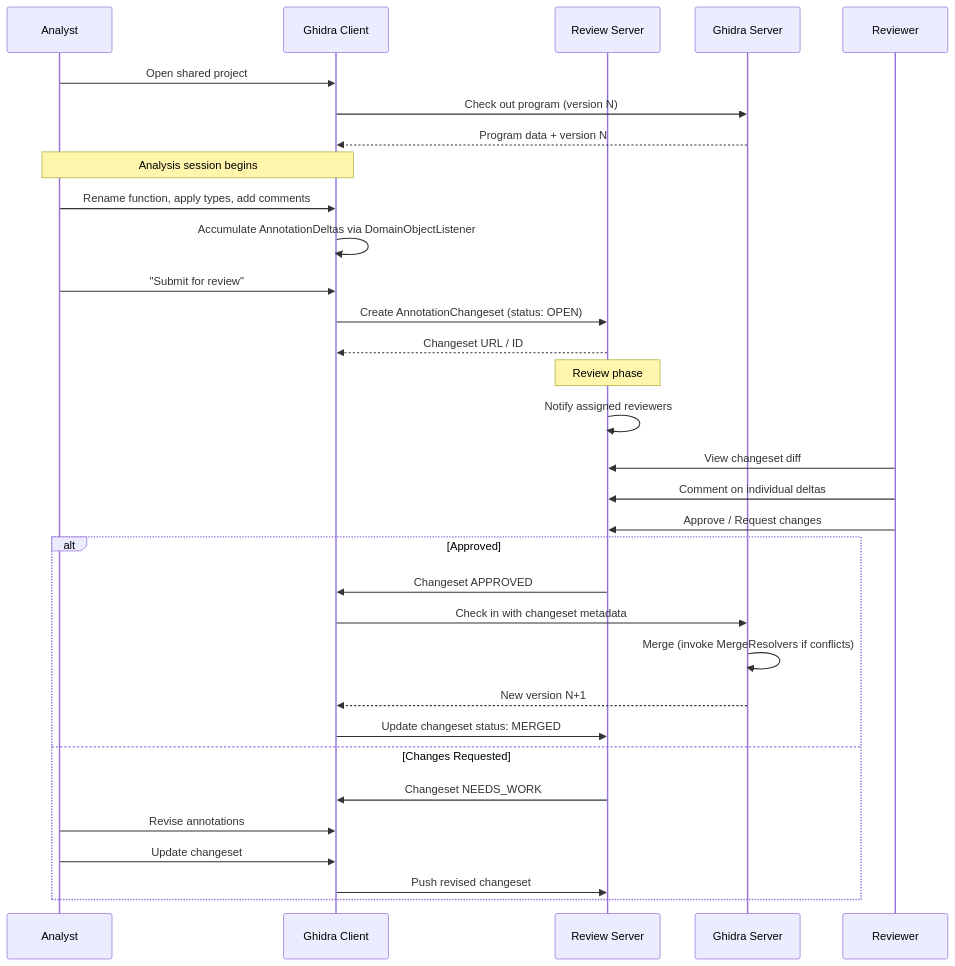
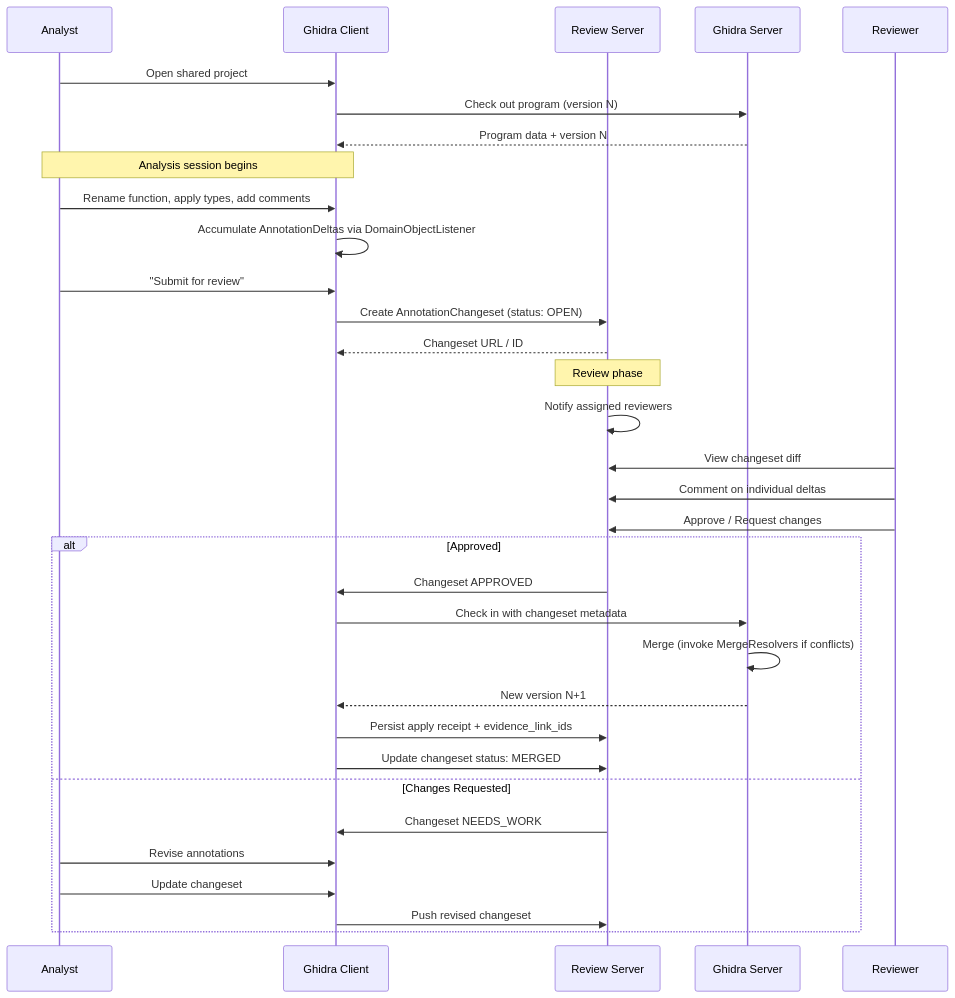
The first of 3 diagrams in docs/research/collaboration-review-design.md (backbay-labs/reverend), drawn with Mermaid before and after one commit. The commit also changed other lines of this file and 1 other file, not shown here.

````diff
--- a/docs/research/collaboration-review-design.md
+++ b/docs/research/collaboration-review-design.md
@@ -396,42 +422,43 @@
 ```mermaid
 sequenceDiagram
     participant A as Analyst
     participant G as Ghidra Client
     participant R as Review Server
     participant S as Ghidra Server
 
     A->>G: Open shared project
     G->>S: Check out program (version N)
     S-->>G: Program data + version N
 
     Note over A,G: Analysis session begins
 
     A->>G: Rename function, apply types, add comments
     G->>G: Accumulate AnnotationDeltas via DomainObjectListener
 
     A->>G: "Submit for review"
     G->>R: Create AnnotationChangeset (status: OPEN)
     R-->>G: Changeset URL / ID
 
     Note over R: Review phase
 
     R->>R: Notify assigned reviewers
 
     participant Rev as Reviewer
     Rev->>R: View changeset diff
     Rev->>R: Comment on individual deltas
     Rev->>R: Approve / Request changes
 
     alt Approved
         R->>G: Changeset APPROVED
         G->>S: Check in with changeset metadata
         S->>S: Merge (invoke MergeResolvers if conflicts)
         S-->>G: New version N+1
+        G->>R: Persist apply receipt + evidence_link_ids
         G->>R: Update changeset status: MERGED
     else Changes Requested
         R->>G: Changeset NEEDS_WORK
         A->>G: Revise annotations
         A->>G: Update changeset
         G->>R: Push revised changeset
     end
 ```
````
